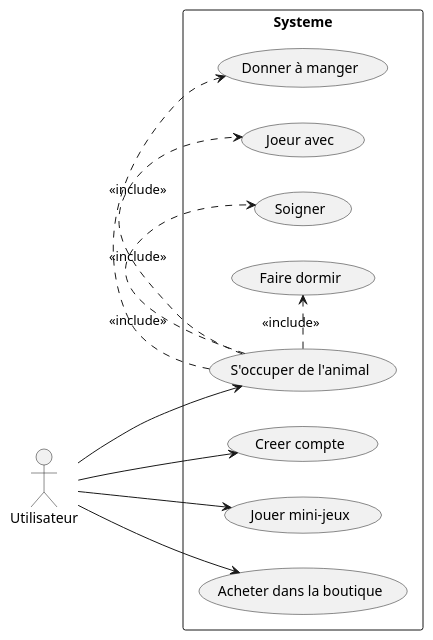
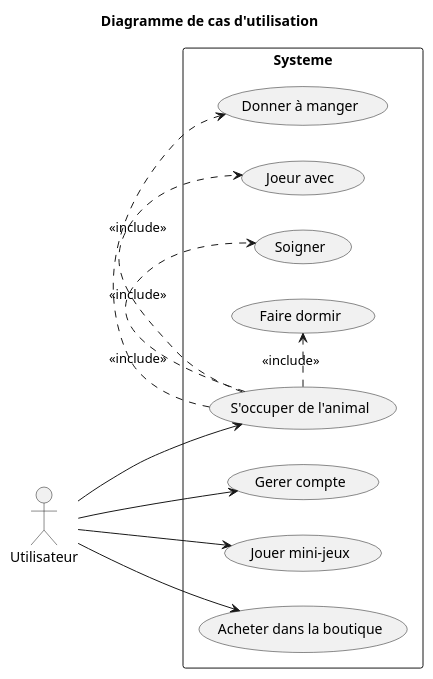
Before and after one commit to Sophololol/Application-Web---ANIMOCHI: the second of 3 diagrams in Diagrammes.wsd, drawn with PlantUML. The commit also changed other lines of this file, not shown here.

Commit message:
Modification du fichier Diagrammes.wsd Ajout du diagramme de séquence

```diff
--- a/Diagrammes.wsd
+++ b/Diagrammes.wsd
@@ -56,23 +57,24 @@
 @startuml "Cas d'utilisation"
+title "Diagramme de cas d'utilisation"
 left to right direction
 actor Utilisateur
 rectangle "Systeme"{
-    usecase "Creer compte" as UC3
+    usecase "Gerer compte" as UC3
     usecase "S'occuper de l'animal" as UC1
     usecase "Donner à manger" as UC1.1
     usecase "Joeur avec" as UC1.2
     usecase "Soigner" as UC1.3
     usecase "Faire dormir" as UC1.4
     usecase "Jouer mini-jeux" as UC2
     usecase "Acheter dans la boutique" as UC4
 
     UC1.>UC1.1:<<include>>
     UC1.>UC1.2:<<include>>
     UC1.>UC1.3:<<include>>
     UC1.>UC1.4:<<include>>
 }
 Utilisateur -->UC1
 Utilisateur -->UC2
 Utilisateur -->UC3
 Utilisateur -->UC4
 @enduml
```
